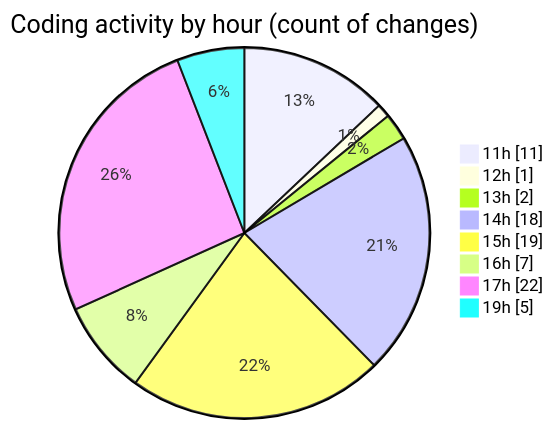
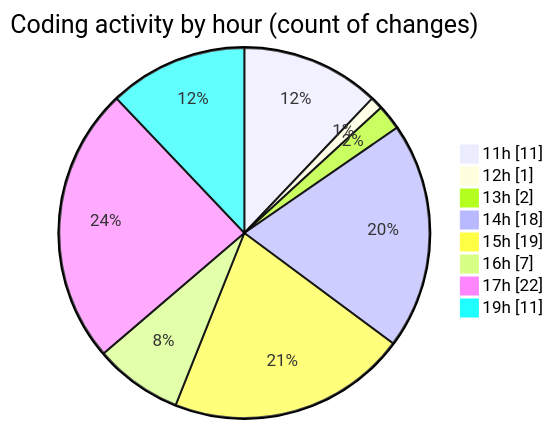
The second of 2 diagrams in 2026-08-24/cda/README.md (momahboobian/code-tracking), drawn with Mermaid before and after one commit. The commit also changed other lines of this file and 1 other file, not shown here.

````diff
--- a/2026-08-24/cda/README.md
+++ b/2026-08-24/cda/README.md
@@ -53,12 +53,12 @@
 ```mermaid
 pie showData
 title Coding activity by hour (count of changes)
 "11h" : 11
 "12h" : 1
 "13h" : 2
 "14h" : 18
 "15h" : 19
 "16h" : 7
 "17h" : 22
-"19h" : 5
+"19h" : 11
 ```
````
